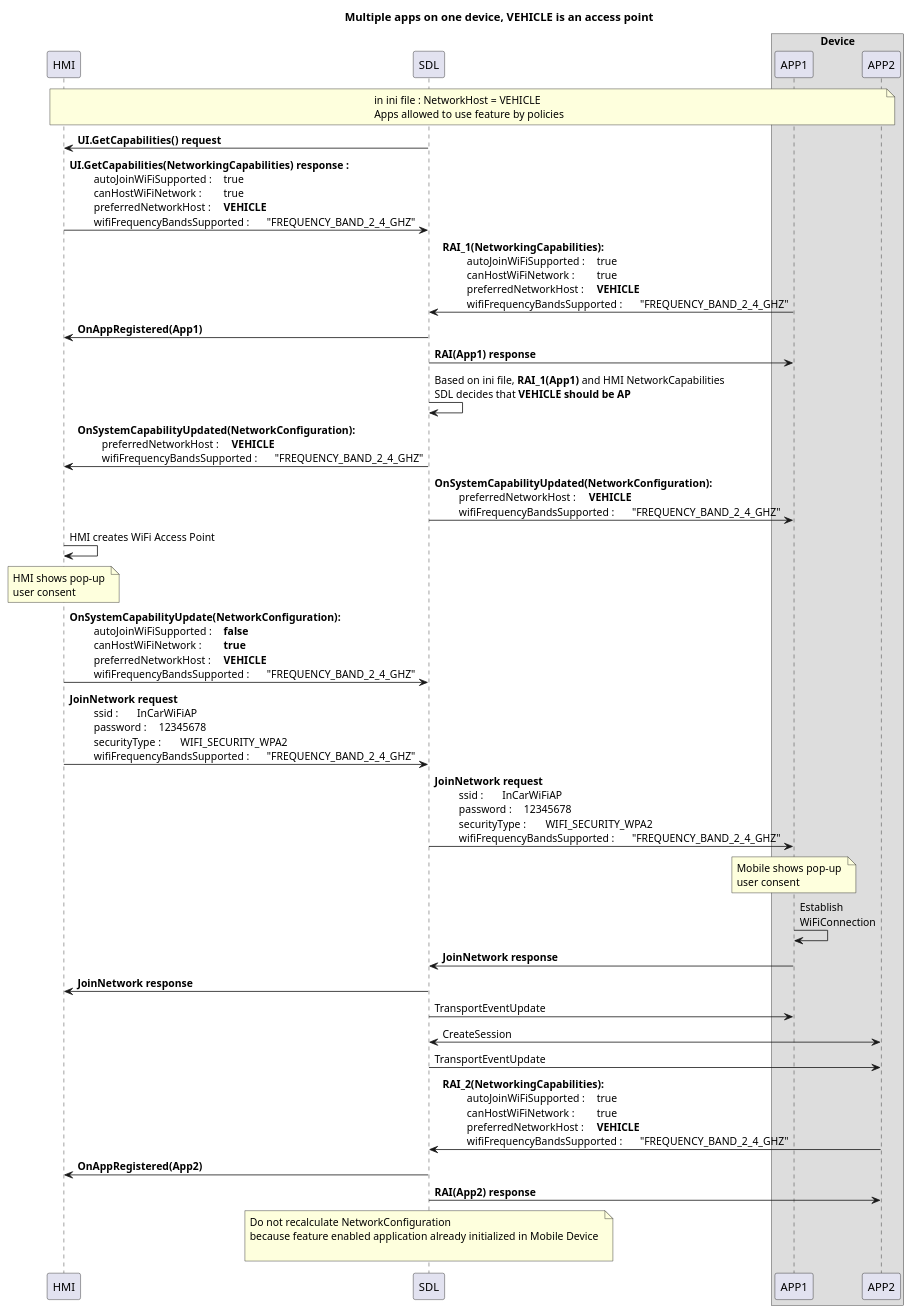
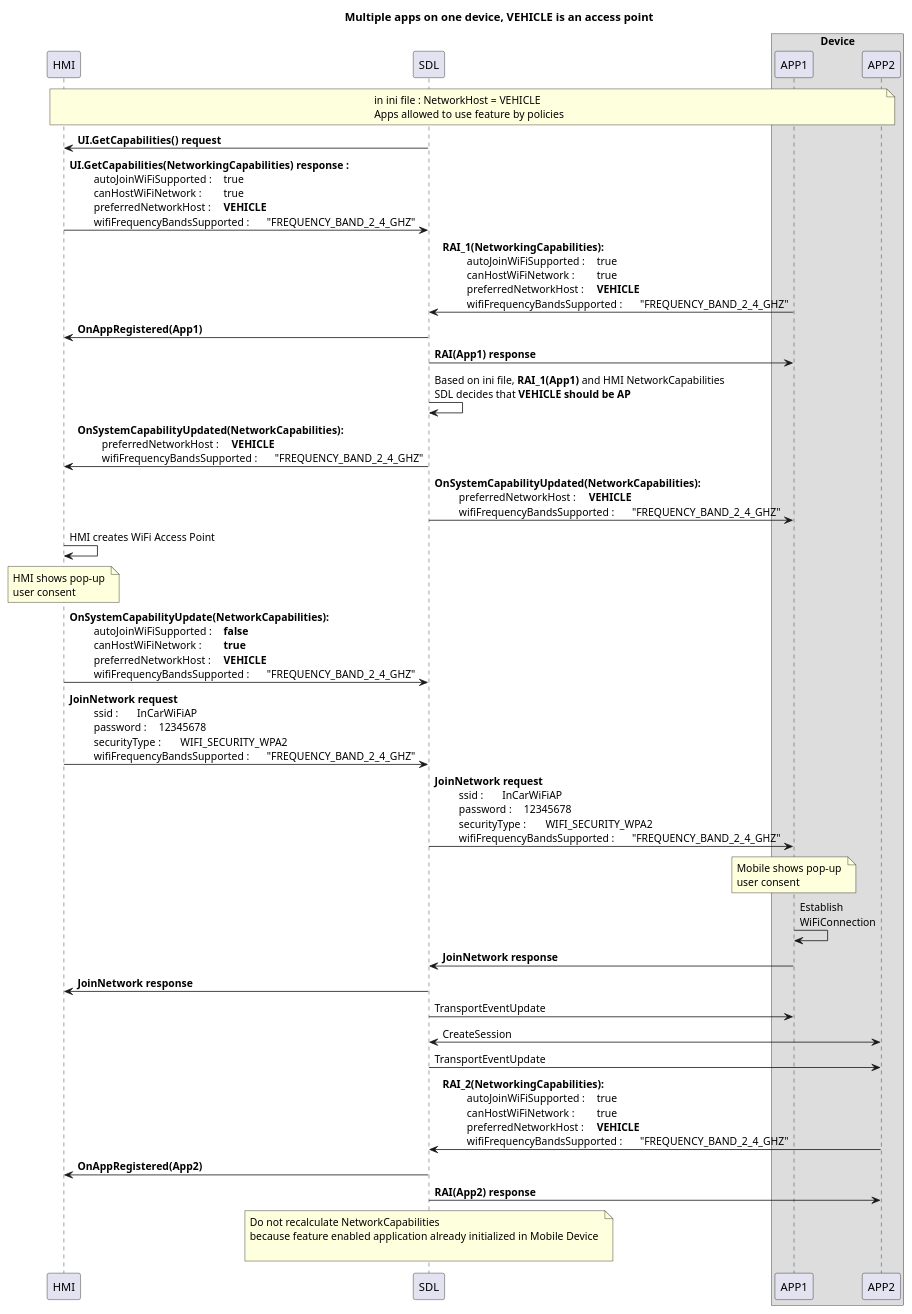
One commit to smartdevicelink/sdl_evolution changed the diagram in assets/proposals/0245-sharing-wifi-ssid-and-password/vehicle_access_point_multiapps.puml. Above: the diagram before and after it, drawn with PlantUML. The commit also changed 5 other files, not shown here.

Commit message:
Replace NetworkConfiguration to NetworkCapabilities

```diff
--- a/assets/proposals/0245-sharing-wifi-ssid-and-password/vehicle_access_point_multiapps.puml
+++ b/assets/proposals/0245-sharing-wifi-ssid-and-password/vehicle_access_point_multiapps.puml
@@ -1,92 +1,92 @@
 @startuml
 !pragma teoz true
 
 
 title Multiple apps on one device, VEHICLE is an access point
 participant HMI
 participant SDL
 box "Device"
 participant APP1
 participant APP2
 end box
 
 note over HMI, APP2: in ini file : NetworkHost = VEHICLE \n\
 Apps allowed to use feature by policies
 
 SDL -> HMI : <b>UI.GetCapabilities() request
 HMI -> SDL : <b>UI.GetCapabilities(NetworkingCapabilities) response : \n\
 \t autoJoinWiFiSupported : \t true \n\
 \t canHostWiFiNetwork : \t true \n\
 \t preferredNetworkHost : \t **VEHICLE** \n\
 \t wifiFrequencyBandsSupported : \t "FREQUENCY_BAND_2_4_GHZ" 
 
 
 APP1 -> SDL : <b>RAI_1(NetworkingCapabilities): \n\
 \t autoJoinWiFiSupported : \t true \n\
 \t canHostWiFiNetwork : \t true \n\
 \t preferredNetworkHost : \t **VEHICLE** \n\
 \t wifiFrequencyBandsSupported : \t "FREQUENCY_BAND_2_4_GHZ" 
 
 SDL -> HMI : <b>OnAppRegistered(App1) 
 SDL -> APP1 : <b>RAI(App1) response 
 
 SDL -> SDL : Based on ini file, **RAI_1(App1)** and HMI NetworkCapabilities\n\
 SDL decides that **VEHICLE should be AP** 
 
-SDL -> HMI:  <b>OnSystemCapabilityUpdated(NetworkConfiguration): \n\
+SDL -> HMI:  <b>OnSystemCapabilityUpdated(NetworkCapabilities): \n\
 \t preferredNetworkHost : \t **VEHICLE** \n\
 \t wifiFrequencyBandsSupported : \t "FREQUENCY_BAND_2_4_GHZ" 
 
-SDL -> APP1:  <b>OnSystemCapabilityUpdated(NetworkConfiguration): \n\
+SDL -> APP1:  <b>OnSystemCapabilityUpdated(NetworkCapabilities): \n\
 \t preferredNetworkHost : \t **VEHICLE** \n\
 \t wifiFrequencyBandsSupported : \t "FREQUENCY_BAND_2_4_GHZ"
 
 HMI -> HMI : HMI creates WiFi Access Point
 
 note over HMI: HMI shows pop-up \n\
 user consent 
 
-HMI -> SDL:  <b>OnSystemCapabilityUpdate(NetworkConfiguration): \n\
+HMI -> SDL:  <b>OnSystemCapabilityUpdate(NetworkCapabilities): \n\
 \t autoJoinWiFiSupported : \t **false** \n\
 \t canHostWiFiNetwork : \t **true**  \n\
 \t preferredNetworkHost : \t **VEHICLE** \n\
 \t wifiFrequencyBandsSupported : \t "FREQUENCY_BAND_2_4_GHZ" 
 
 HMI -> SDL: <b>JoinNetwork request \n\
 \t ssid : \t InCarWiFiAP \n\
 \t password : \t 12345678 \n\
 \t securityType : \t WIFI_SECURITY_WPA2 \n\
 \t wifiFrequencyBandsSupported : \t "FREQUENCY_BAND_2_4_GHZ" 
 
 SDL -> APP1: <b>JoinNetwork request \n\
 \t ssid : \t InCarWiFiAP \n\
 \t password : \t 12345678 \n\
 \t securityType : \t WIFI_SECURITY_WPA2 \n\
 \t wifiFrequencyBandsSupported : \t "FREQUENCY_BAND_2_4_GHZ" 
 
 note over APP1: Mobile shows pop-up \n\
 user consent 
 
 APP1 -> APP1 : Establish  \n\
 WiFiConnection
 
 APP1 -> SDL : <b>JoinNetwork response
 SDL -> HMI : <b>JoinNetwork response
 SDL -> APP1 : TransportEventUpdate
 
 APP2 <-> SDL : CreateSession
 SDL -> APP2 : TransportEventUpdate
 APP2 -> SDL : <b>RAI_2(NetworkingCapabilities): \n\
 \t autoJoinWiFiSupported : \t true \n\
 \t canHostWiFiNetwork : \t true \n\
 \t preferredNetworkHost : \t **VEHICLE** \n\
 \t wifiFrequencyBandsSupported : \t "FREQUENCY_BAND_2_4_GHZ" 
 
 
 SDL -> HMI : <b>OnAppRegistered(App2) 
 SDL -> APP2 : <b>RAI(App2) response 
 
-note over SDL : Do not recalculate NetworkConfiguration \n\
+note over SDL : Do not recalculate NetworkCapabilities \n\
 because feature enabled application already initialized in Mobile Device \n\
 
 @enduml
```
